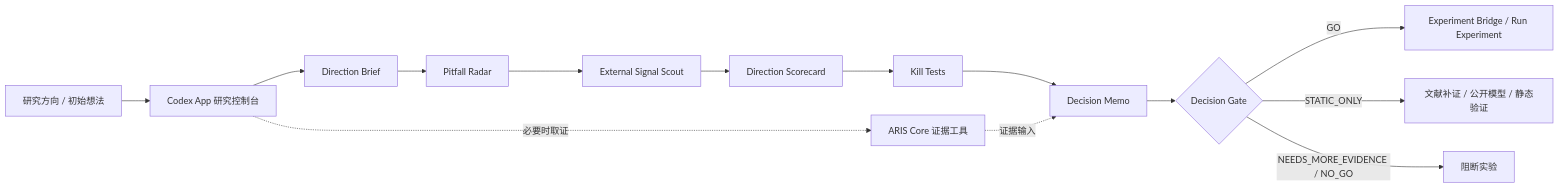
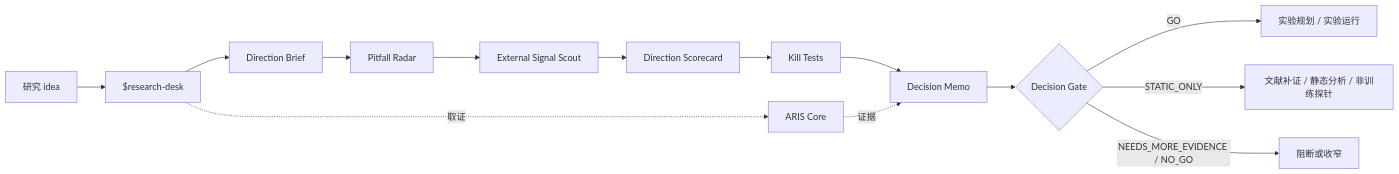
The diagram in README.md (Eternite-0/CodexResearchDesk), drawn with Mermaid before and after one commit. The commit also changed other lines of this file, not shown here.

Commit message:
Refine README for triage workflow and gate docs

````diff
--- a/README.md
+++ b/README.md
@@ -49,16 +52,16 @@
 ```mermaid
 flowchart LR
-    A["研究方向 / 初始想法"] --> B["Codex App 研究控制台"]
+    A["研究 idea"] --> B["$research-desk"]
     B --> C["Direction Brief"]
     C --> D["Pitfall Radar"]
-    D --> S["External Signal Scout"]
-    S --> E["Direction Scorecard"]
-    E --> F["Kill Tests"]
-    F --> G["Decision Memo"]
-    G --> H{"Decision Gate"}
-    B -.必要时取证.-> I["ARIS Core 证据工具"]
-    I -.证据输入.-> G
-    H -->|GO| J["Experiment Bridge / Run Experiment"]
-    H -->|STATIC_ONLY| K["文献补证 / 公开模型 / 静态验证"]
-    H -->|NEEDS_MORE_EVIDENCE / NO_GO| L["阻断实验"]
+    D --> E["External Signal Scout"]
+    E --> F["Direction Scorecard"]
+    F --> G["Kill Tests"]
+    G --> H["Decision Memo"]
+    H --> I{"Decision Gate"}
+    B -.取证.-> J["ARIS Core"]
+    J -.证据.-> H
+    I -->|GO| K["实验规划 / 实验运行"]
+    I -->|STATIC_ONLY| L["文献补证 / 静态分析 / 非训练探针"]
+    I -->|NEEDS_MORE_EVIDENCE / NO_GO| M["阻断或收窄"]
 ```
````
